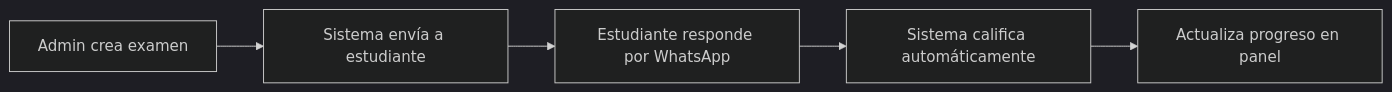
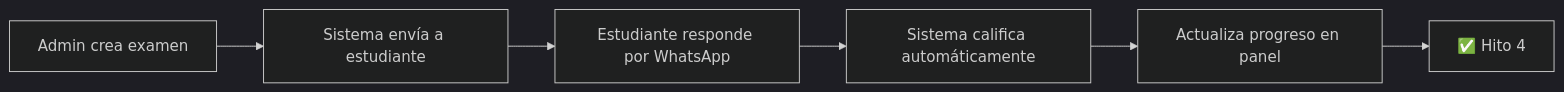
Before and after one commit to erikaluciafuertes/Project-Proposals: the sixth of 9 diagrams in whatsApp-learning/roadmap.md, drawn with Mermaid (dark theme). The commit also changed other lines of this file, not shown here.

Commit message:
feat: Update roadmap with 17-week duration, add milestones, team requirements, and detailed phase breakdowns.

````diff
--- a/whatsApp-learning/roadmap.md
+++ b/whatsApp-learning/roadmap.md
@@ -188,7 +262,8 @@
 ```mermaid
 flowchart LR
     A[Admin crea examen] --> B[Sistema envía a estudiante]
     B --> C[Estudiante responde por WhatsApp]
     C --> D[Sistema califica automáticamente]
     D --> E[Actualiza progreso en panel]
+    E --> F["✅ Hito 4"]
 ```
````
